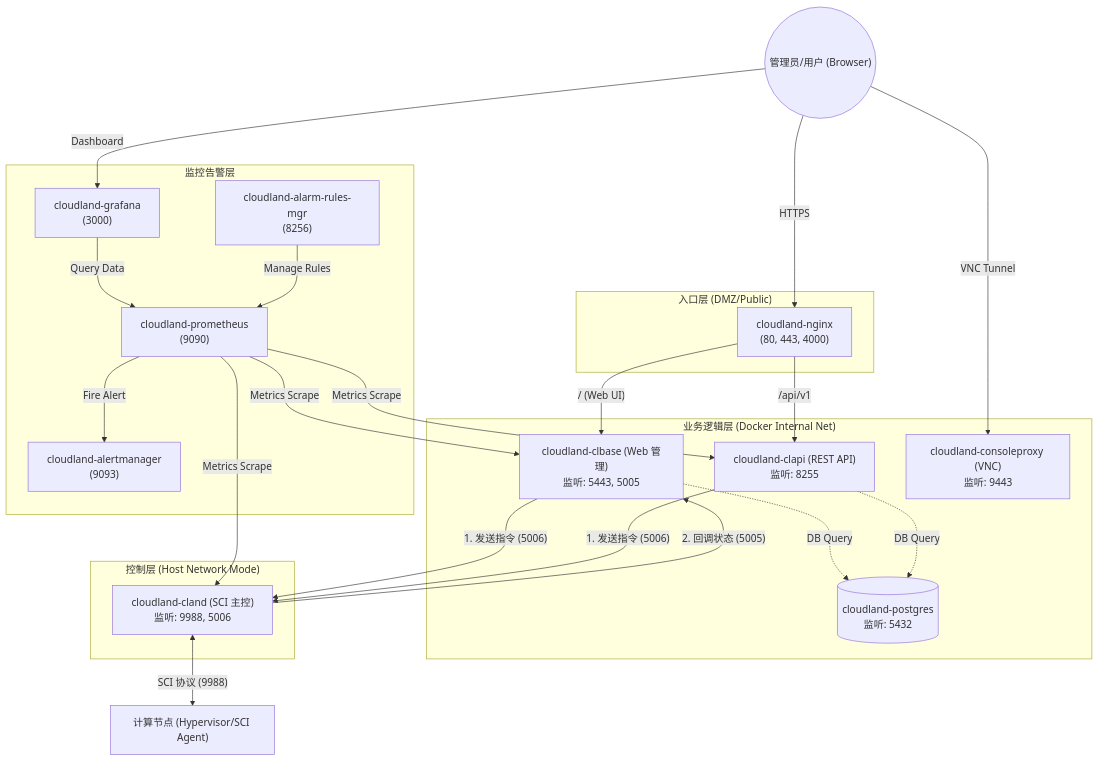
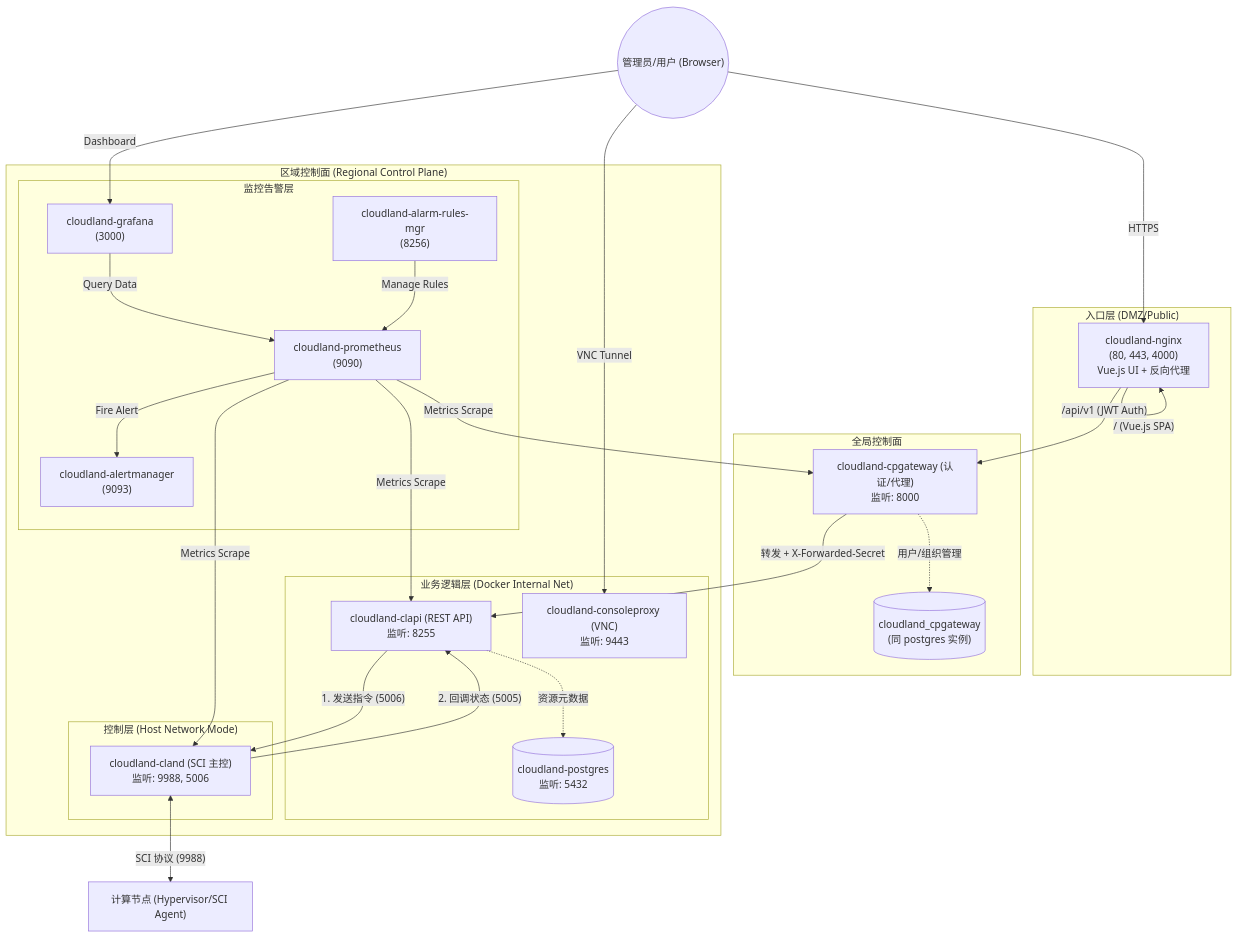
One commit to threen134/cloudland changed the diagram in deploy/docker/README.md. Above: the diagram before and after it, drawn with Mermaid. The commit also changed other lines of this file and 1806 other files, not shown here.

First line of the commit message:
refactor: remove old web module, update API and Docker deployment configs

````diff
--- a/deploy/docker/README.md
+++ b/deploy/docker/README.md
@@ -26,50 +40,59 @@
 ```mermaid
 graph TD
     %% 外部实体
     User(("管理员/用户 (Browser)"))
     Hyper["计算节点 (Hypervisor/SCI Agent)"]
 
     subgraph "入口层 (DMZ/Public)"
-        Nginx["cloudland-nginx<br/>(80, 443, 4000)"]
+        Nginx["cloudland-nginx<br/>(80, 443, 4000)<br/>Vue.js UI + 反向代理"]
     end
 
-    subgraph "业务逻辑层 (Docker Internal Net)"
-        ClBase["cloudland-clbase (Web 管理)<br/>监听: 5443, 5005"]
-        ClApi["cloudland-clapi (REST API)<br/>监听: 8255"]
-        CP["cloudland-consoleproxy (VNC)<br/>监听: 9443"]
-        DB[("cloudland-postgres<br/>监听: 5432")]
+    subgraph "全局控制面"
+        CPGateway["cloudland-cpgateway (认证/代理)<br/>监听: 8000"]
+        CPGatewayDB[("cloudland_cpgateway<br/>(同 postgres 实例)")]
     end
 
-    subgraph "控制层 (Host Network Mode)"
-        Cland["cloudland-cland (SCI 主控)<br/>监听: 9988, 5006"]
-    end
+    subgraph "区域控制面 (Regional Control Plane)"
+        subgraph "业务逻辑层 (Docker Internal Net)"
+            ClApi["cloudland-clapi (REST API)<br/>监听: 8255"]
+            CP["cloudland-consoleproxy (VNC)<br/>监听: 9443"]
+            DB[("cloudland-postgres<br/>监听: 5432")]
+        end
 
-    subgraph "监控告警层"
-        Prom["cloudland-prometheus<br/>(9090)"]
-        Graf["cloudland-grafana<br/>(3000)"]
-        Alert["cloudland-alertmanager<br/>(9093)"]
-        Alarm["cloudland-alarm-rules-mgr<br/>(8256)"]
+        subgraph "控制层 (Host Network Mode)"
+            Cland["cloudland-cland (SCI 主控)<br/>监听: 9988, 5006"]
+        end
+
+        subgraph "监控告警层"
+            Prom["cloudland-prometheus<br/>(9090)"]
+            Graf["cloudland-grafana<br/>(3000)"]
+            Alert["cloudland-alertmanager<br/>(9093)"]
+            Alarm["cloudland-alarm-rules-mgr<br/>(8256)"]
+        end
     end
 
     %% --- 通信链路 ---
     User -- "HTTPS" --> Nginx
     User -- "VNC Tunnel" --> CP
     User -- "Dashboard" --> Graf
 
-    Nginx -- "/ (Web UI)" --> ClBase
-    Nginx -- "/api/v1" --> ClApi
+    Nginx -- "/ (Vue.js SPA)" --> Nginx
+    Nginx -- "/api/v1 (JWT Auth)" --> CPGateway
 
-    ClBase -. "DB Query" .-> DB
-    ClApi -. "DB Query" .-> DB
+    CPGateway -- "转发 + X-Forwarded-Secret" --> ClApi
+    CPGateway -. "用户/组织管理" .-> CPGatewayDB
 
-    ClBase -- "1. 发送指令 (5006)" --> Cland
+    ClApi -. "资源元数据" .-> DB
+
     ClApi -- "1. 发送指令 (5006)" --> Cland
-    Cland -- "2. 回调状态 (5005)" --> ClBase
+    Cland -- "2. 回调状态 (5005)" --> ClApi
 
     Cland -- "SCI 协议 (9988)" <--> Hyper
 
-    Prom -- "Metrics Scrape" --> ClBase & ClApi & Cland
+    Prom -- "Metrics Scrape" --> ClApi & Cland & CPGateway
     Graf -- "Query Data" --> Prom
     Prom -- "Fire Alert" --> Alert
     Alarm -- "Manage Rules" --> Prom
+
+    %% 注: ConsoleProxy 不暴露 metrics，不被 Prometheus 监控
 ```
````
